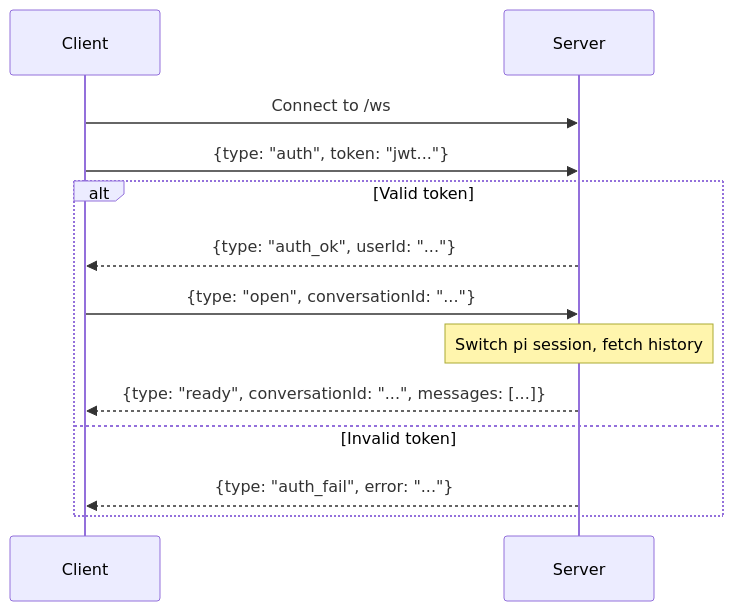
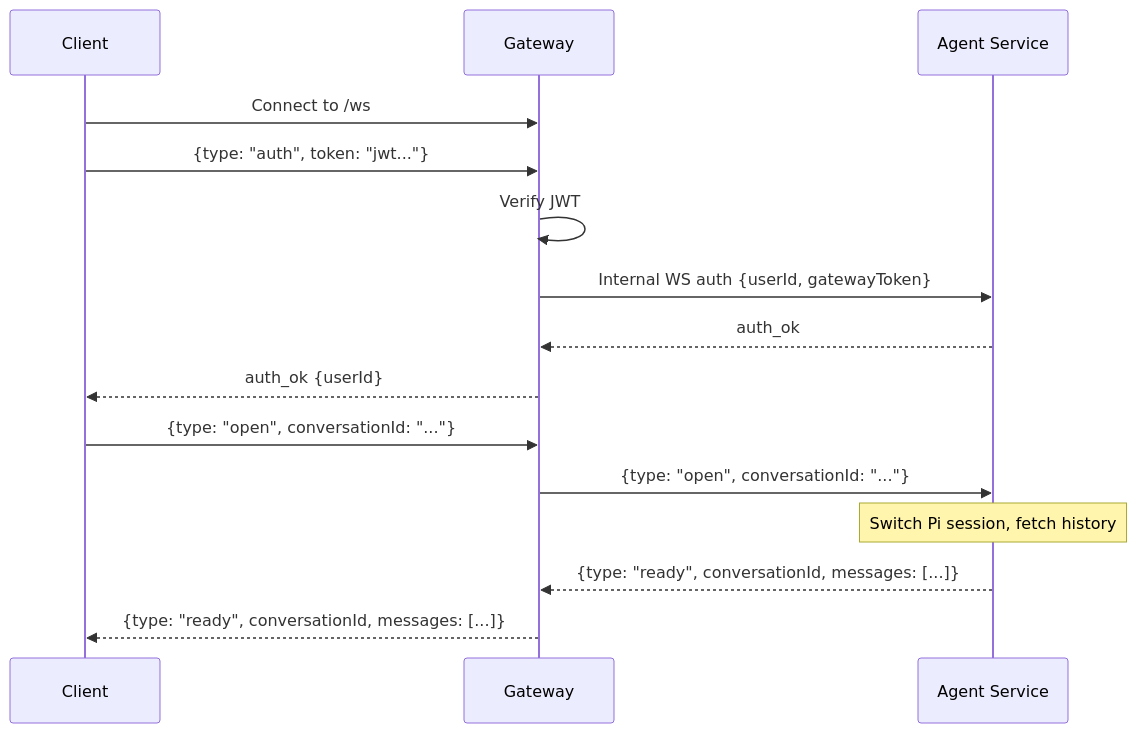
One commit to sigilmakes/goldilocks-app changed the first of 2 diagrams in docs/WEBSOCKET-PROTOCOL.md. Above: the diagram before and after it, drawn with Mermaid. The commit also changed 7 other files, not shown here.

First line of the commit message:
docs: rewrite architecture docs for agent-service topology

````diff
--- a/docs/WEBSOCKET-PROTOCOL.md
+++ b/docs/WEBSOCKET-PROTOCOL.md
@@ -7,16 +7,19 @@
 ```mermaid
 sequenceDiagram
     participant C as Client
-    participant S as Server
+    participant GW as Gateway
+    participant AS as Agent Service
 
-    C->>S: Connect to /ws
-    C->>S: {type: "auth", token: "jwt..."}
-    alt Valid token
-        S-->>C: {type: "auth_ok", userId: "..."}
-        C->>S: {type: "open", conversationId: "..."}
-        Note over S: Switch pi session, fetch history
-        S-->>C: {type: "ready", conversationId: "...", messages: [...]}
-    else Invalid token
-        S-->>C: {type: "auth_fail", error: "..."}
-    end
+    C->>GW: Connect to /ws
+    C->>GW: {type: "auth", token: "jwt..."}
+    GW->>GW: Verify JWT
+    GW->>AS: Internal WS auth {userId, gatewayToken}
+    AS-->>GW: auth_ok
+    GW-->>C: auth_ok {userId}
+
+    C->>GW: {type: "open", conversationId: "..."}
+    GW->>AS: {type: "open", conversationId: "..."}
+    Note over AS: Switch Pi session, fetch history
+    AS-->>GW: {type: "ready", conversationId, messages: [...]}
+    GW-->>C: {type: "ready", conversationId, messages: [...]}
 ```
````
